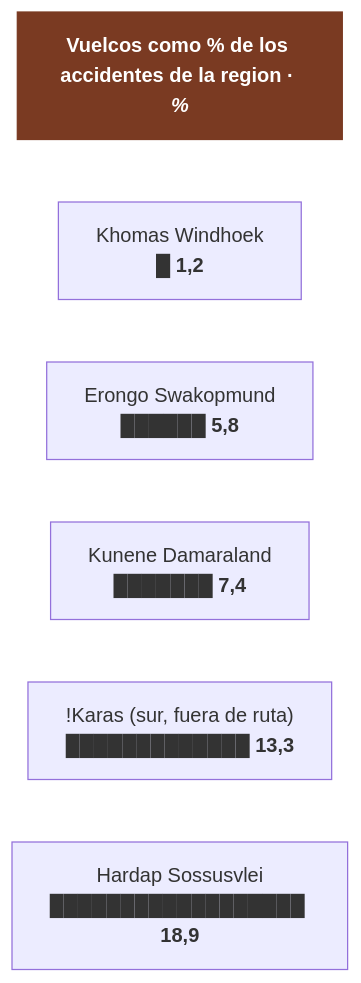
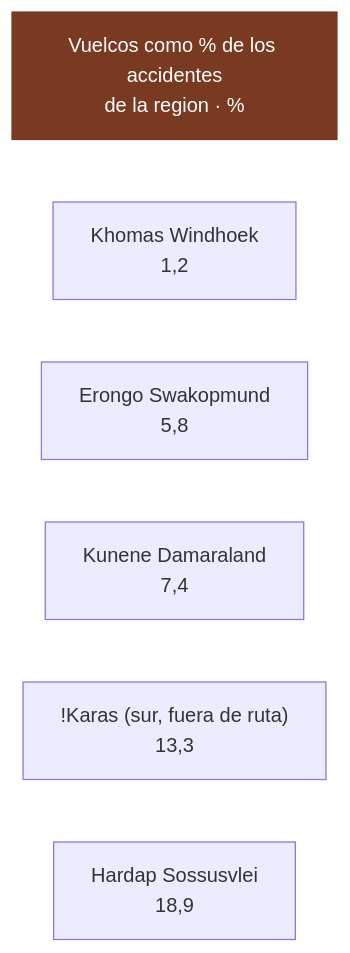
One commit to morandeirachema/namibia changed the second of 3 diagrams in 06-conduccion.md. Above: the diagram before and after it, drawn with Mermaid. The commit also changed other lines of this file and 14 other files, not shown here.

Commit message:
Arreglar el renderizado de los diagramas en GitHub: fuera emojis, negritas y barras ASCII de dentro de los nodos, que descuadraban la medida y recortaban el texto

````diff
--- a/06-conduccion.md
+++ b/06-conduccion.md
@@ -55,15 +55,15 @@
 ```mermaid
 flowchart TD
-    T["<b>Vuelcos como % de los accidentes de la region · <i>%</i></b>"]
-    n0["Khomas Windhoek<br/>█ <b>1,2</b>"]
-    n1["Erongo Swakopmund<br/>██████ <b>5,8</b>"]
-    n2["Kunene Damaraland<br/>███████ <b>7,4</b>"]
-    n3["!Karas (sur, fuera de ruta)<br/>█████████████ <b>13,3</b>"]
-    n4["Hardap Sossusvlei<br/>██████████████████ <b>18,9</b>"]
+    T["Vuelcos como % de los accidentes<br/>de la region · %"]
+    n0["Khomas Windhoek<br/>1,2"]
+    n1["Erongo Swakopmund<br/>5,8"]
+    n2["Kunene Damaraland<br/>7,4"]
+    n3["!Karas (sur, fuera de ruta)<br/>13,3"]
+    n4["Hardap Sossusvlei<br/>18,9"]
     T ~~~ n0
     n0 ~~~ n1
     n1 ~~~ n2
     n2 ~~~ n3
     n3 ~~~ n4
     style T fill:#7a3a22,color:#fff,stroke:#7a3a22
 ```
````
